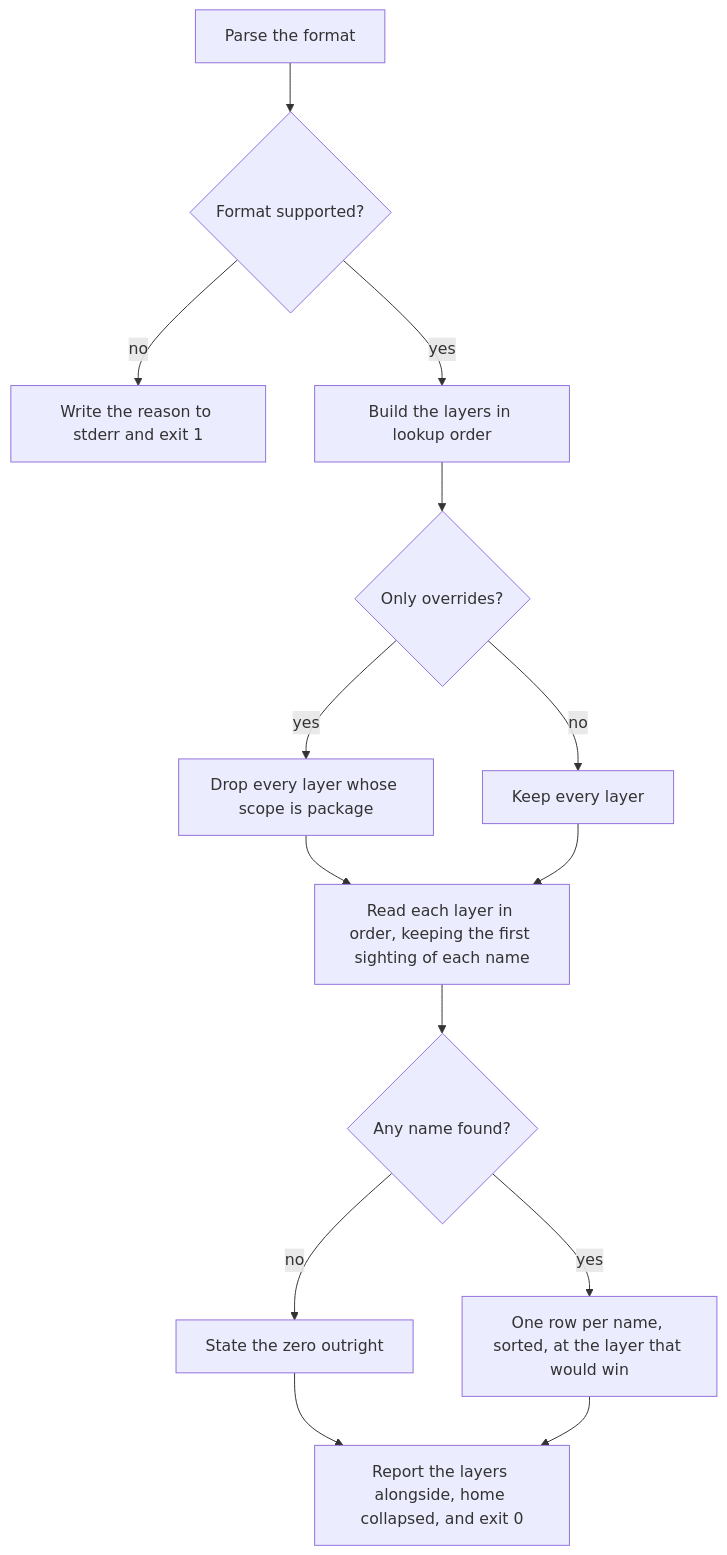
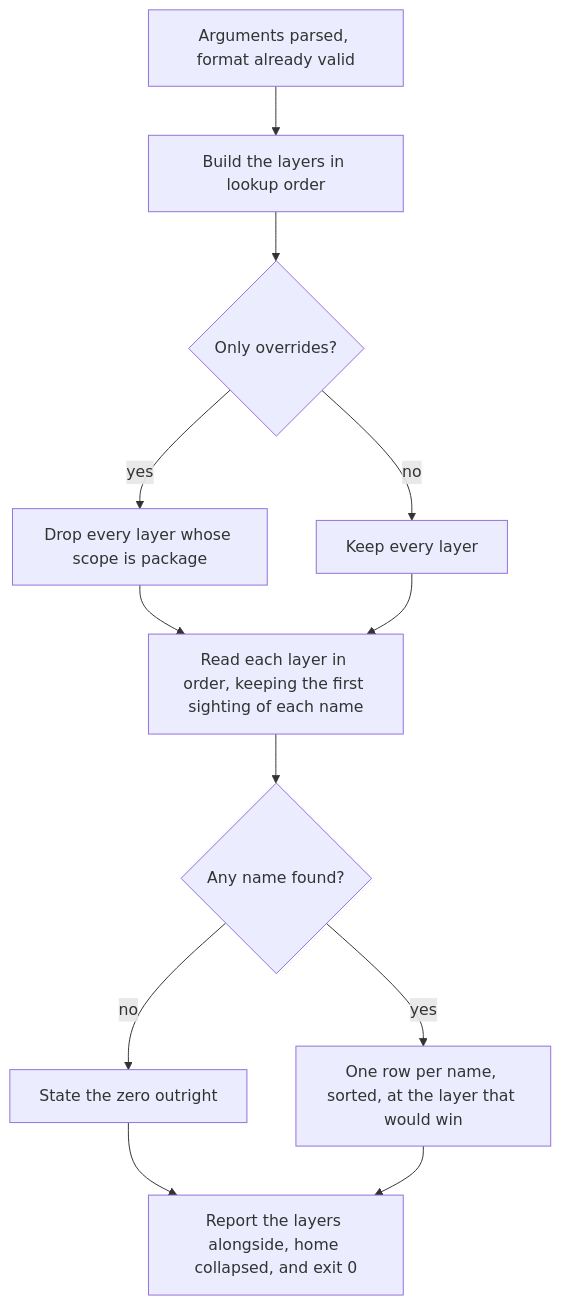
Before and after one commit to repobuddy/buddy-agent-harness: the first of 2 diagrams in packages/buddy-agent-harness/.agents/spec/cli/governance-overrides/README.md, drawn with Mermaid. The commit also changed other lines of this file and 29 other files, not shown here.

````diff
--- a/packages/buddy-agent-harness/.agents/spec/cli/governance-overrides/README.md
+++ b/packages/buddy-agent-harness/.agents/spec/cli/governance-overrides/README.md
@@ -152,16 +154,14 @@
 ```mermaid
 flowchart TD
-  A[Parse the format] --> B{Format supported?}
-  B -->|no| C[Write the reason to stderr and exit 1]
-  B -->|yes| D[Build the layers in lookup order]
+  A[Arguments parsed, format already valid] --> D[Build the layers in lookup order]
   D --> E{Only overrides?}
   E -->|yes| F[Drop every layer whose scope is package]
   E -->|no| G[Keep every layer]
   F --> H[Read each layer in order, keeping the first sighting of each name]
   G --> H
   H --> I{Any name found?}
   I -->|no| J[State the zero outright]
   I -->|yes| K[One row per name, sorted, at the layer that would win]
   J --> L[Report the layers alongside, home collapsed, and exit 0]
   K --> L
 ```
````
